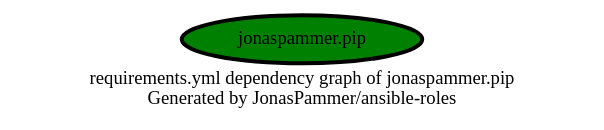
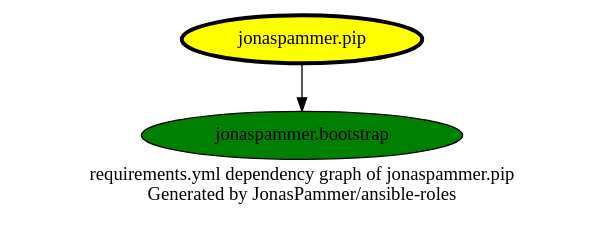
The diagram in graphs/dependencies_pip.dot (JonasPammer/ansible-roles), drawn with Graphviz before and after one commit. The commit also changed 42 other files, not shown here.

```diff
--- a/graphs/dependencies_pip.dot
+++ b/graphs/dependencies_pip.dot
@@ -1,10 +1,13 @@
+// This file is generated from `templates/dependencies_single.adoc.jinja2` by Github CI, all local changes will be lost eventually.
 digraph hierarchy {
   label = "requirements.yml dependency graph of jonaspammer.pip \n Generated by JonasPammer/ansible-roles" ;
   overlap=false
 
   {
-    "jonaspammer.pip" [fillcolor=green style=filled penwidth=3]
+    "jonaspammer.pip" [fillcolor=yellow style=filled penwidth=3]
+    "jonaspammer.bootstrap" [fillcolor=green style=filled ]
   }
 
 
+  "jonaspammer.pip" -> {"jonaspammer.bootstrap"}
 }
```
